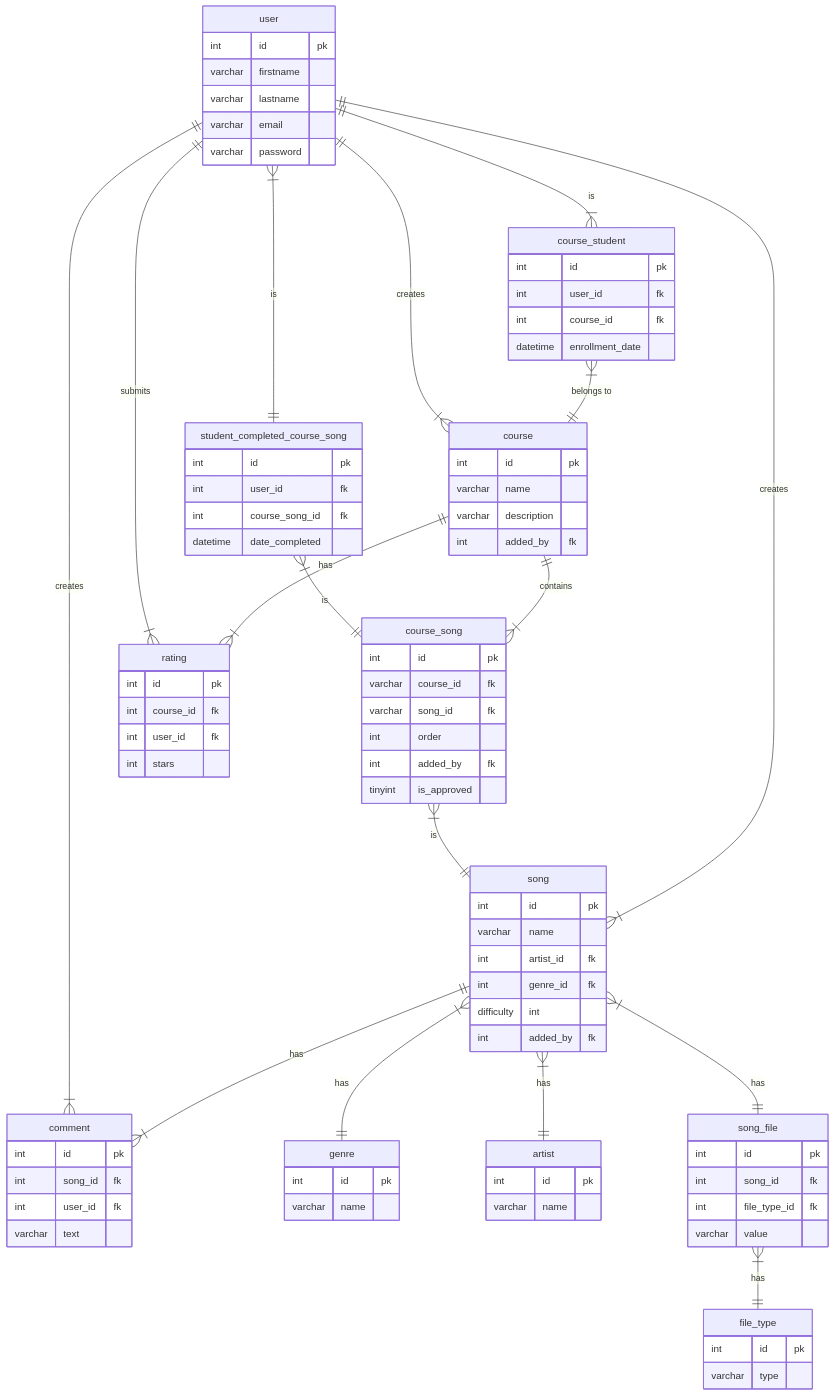
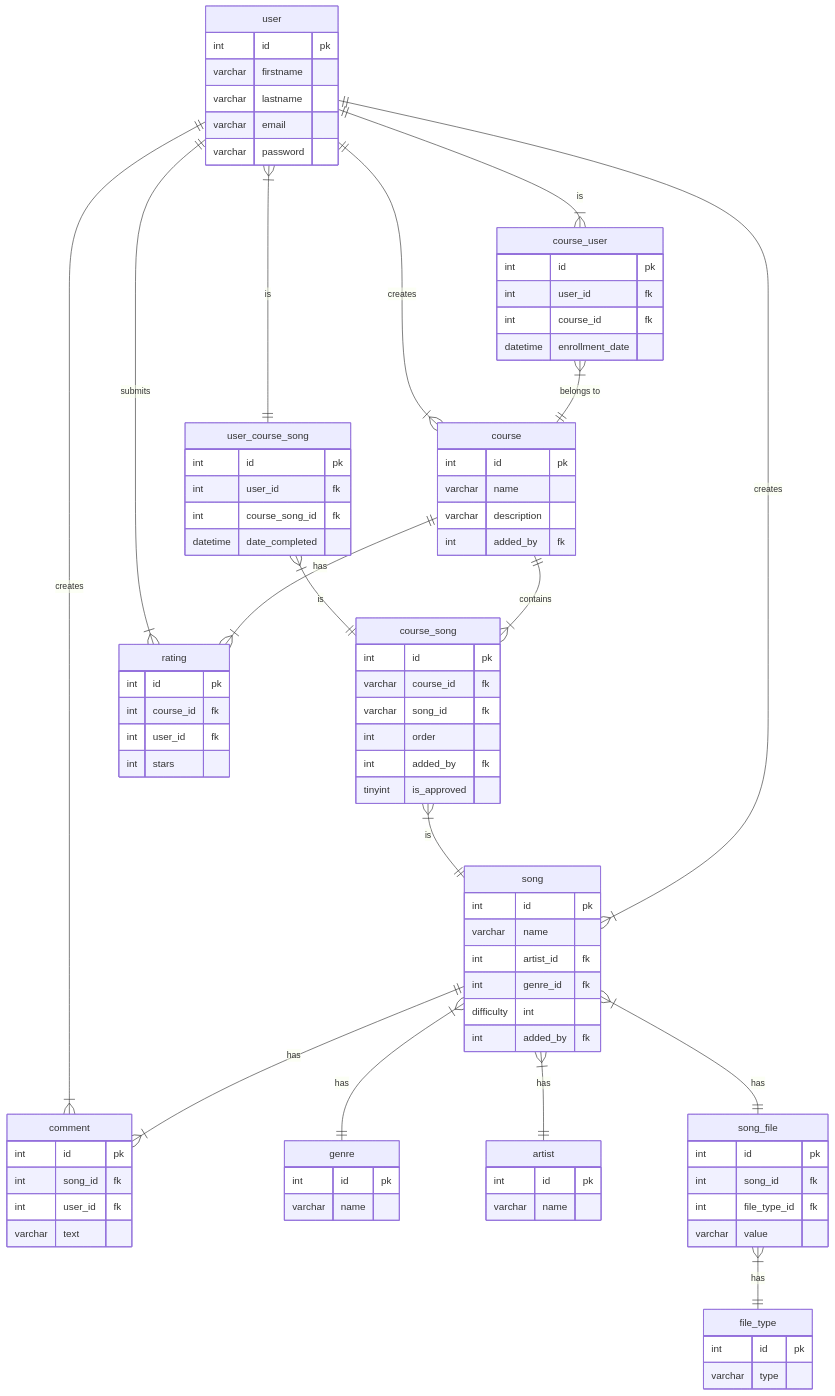
One commit to ronaldescobar-u/the-musicians-path changed the second of 2 diagrams in README.md. Above: the diagram before and after it, drawn with Mermaid. The commit also changed 2 other files, not shown here.

Commit message:
Added scripts for creating all initial tables. Moved file to migrations folder. Renamed tables in ERD.

````diff
--- a/README.md
+++ b/README.md
@@ -50,6 +50,6 @@
 ```mermaid
 erDiagram
-    user ||--|{ course_student : "is"
+    user ||--|{ course_user : "is"
     user {
         int id pk
         varchar firstname
@@ -57,8 +57,8 @@
         varchar email
         varchar password
     }
-    course_student  }|--|| course : "belongs to"
-    course_student {
+    course_user  }|--|| course : "belongs to"
+    course_user {
         int id pk
         int user_id fk
         int course_id fk
@@ -72,9 +72,9 @@
         varchar description
         int added_by fk
     }
-    user }|--|| student_completed_course_song : is
-    student_completed_course_song }|--|| course_song : is
-    student_completed_course_song {
+    user }|--|| user_course_song : is
+    user_course_song }|--|| course_song : is
+    user_course_song {
         int id pk
         int user_id fk
         int course_song_id fk
````
